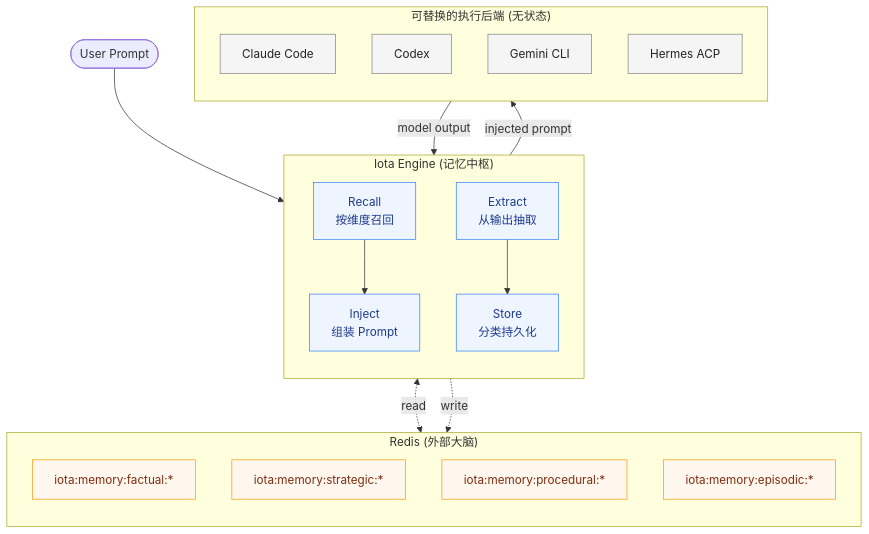
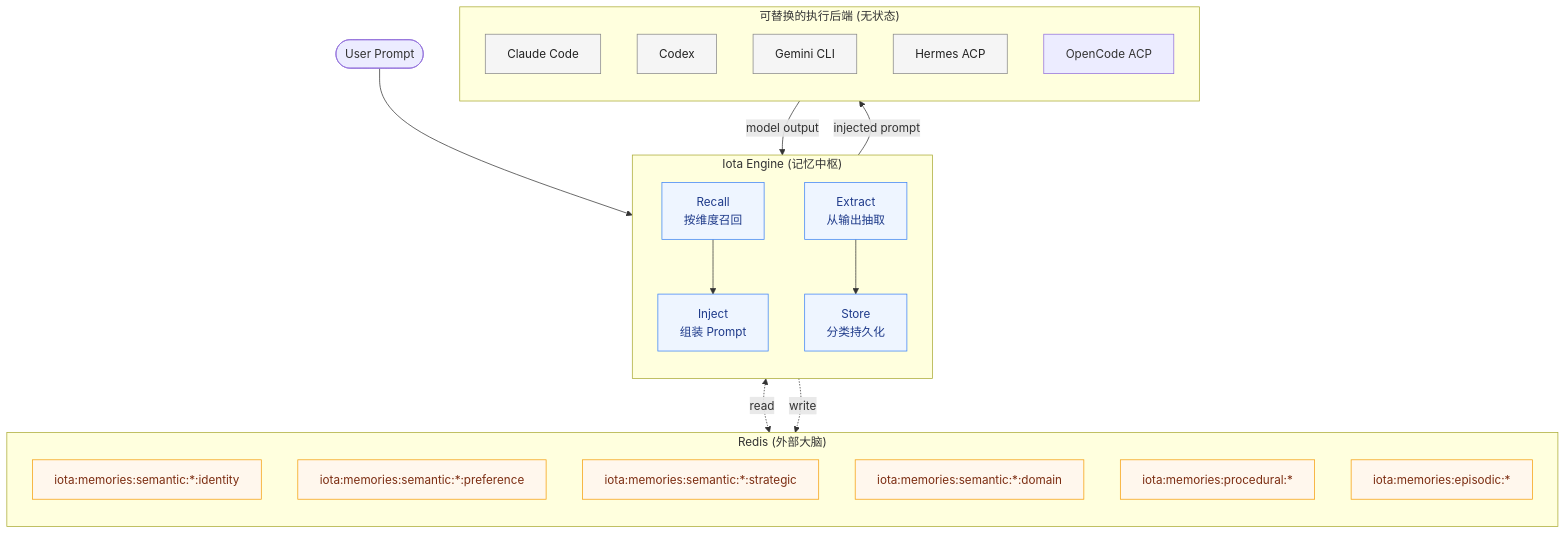
The first of 2 diagrams in docs/guides/12-iota-memory.md (feuyeux/iota), drawn with Mermaid before and after one commit. The commit also changed other lines of this file and 52 other files, not shown here.

````diff
--- a/docs/guides/12-iota-memory.md
+++ b/docs/guides/12-iota-memory.md
@@ -60,44 +62,47 @@
 ```mermaid
 flowchart TD
   User([User Prompt])
 
   subgraph Engine["Iota Engine (记忆中枢)"]
     direction TB
     Recall["Recall<br/>按维度召回"]
     Inject["Inject<br/>组装 Prompt"]
     Extract["Extract<br/>从输出抽取"]
     Store["Store<br/>分类持久化"]
   end
 
   subgraph Backends["可替换的执行后端 (无状态)"]
     direction TB
     CC["Claude Code"]
     CX["Codex"]
     GM["Gemini CLI"]
     HM["Hermes ACP"]
+    OC["OpenCode ACP"]
   end
 
   subgraph Redis["Redis (外部大脑)"]
     direction TB
-    F["iota:memory:factual:*"]
-    S["iota:memory:strategic:*"]
-    P["iota:memory:procedural:*"]
-    E["iota:memory:episodic:*"]
+    I["iota:memories:semantic:*:identity"]
+    U["iota:memories:semantic:*:preference"]
+    S["iota:memories:semantic:*:strategic"]
+    D["iota:memories:semantic:*:domain"]
+    P["iota:memories:procedural:*"]
+    E["iota:memories:episodic:*"]
   end
 
   User --> Recall
   Recall --> Inject
   Inject -->|injected prompt| Backends
   Backends -->|model output| Extract
   Extract --> Store
 
   Recall <-.read.-> Redis
   Store  -.write.-> Redis
 
   classDef eng fill:#eef5ff,stroke:#3b82f6,color:#1e3a8a;
   classDef be  fill:#f5f5f5,stroke:#888,color:#222;
   classDef rd  fill:#fff7ed,stroke:#f59e0b,color:#7c2d12;
   class Recall,Inject,Extract,Store eng;
   class CC,CX,GM,HM be;
-  class F,S,P,E rd;
+  class I,U,S,D,P,E rd;
 ```
````
